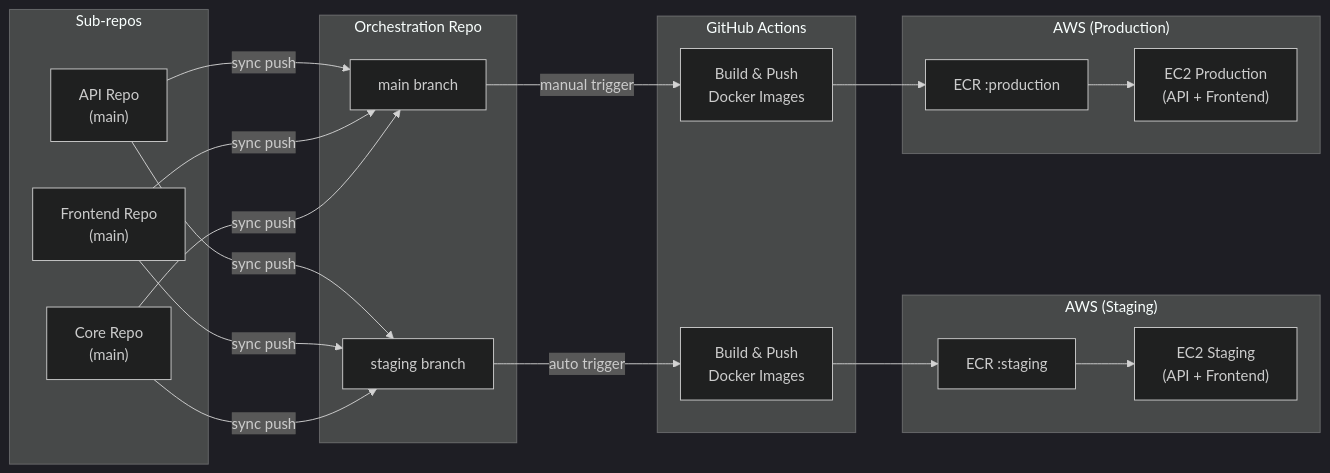
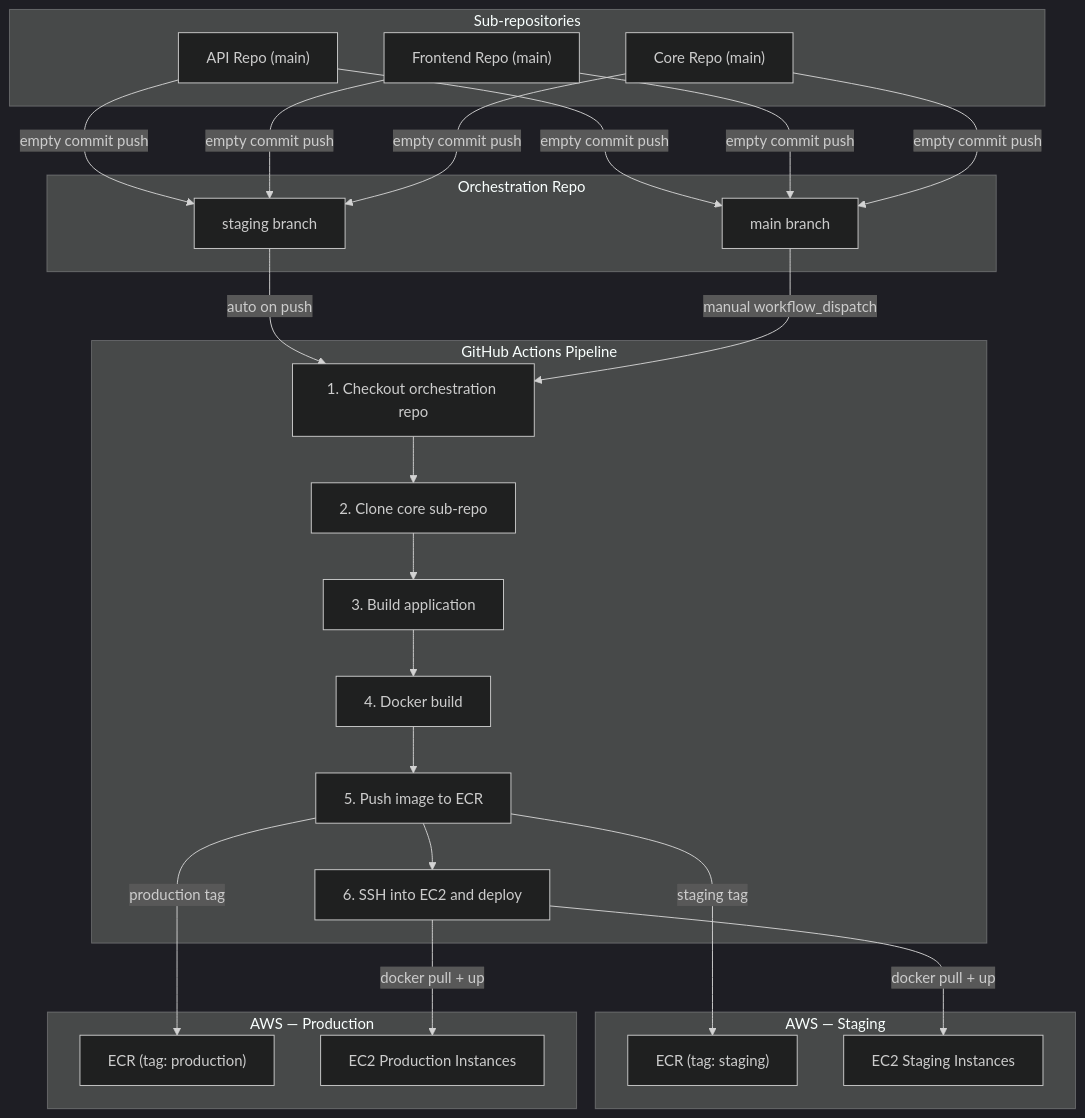
Before and after one commit to nurulizyansyaza/personal-task-tracker: the third of 3 diagrams in AWS-INFRASTRUCTURE.md, drawn with Mermaid (dark theme). The commit also changed other lines of this file and 2 other files, not shown here.

````diff
--- a/AWS-INFRASTRUCTURE.md
+++ b/AWS-INFRASTRUCTURE.md
@@ -295,34 +850,48 @@
 ```mermaid
-flowchart LR
-    subgraph "Sub-repos"
-        API["API Repo<br/>(main)"]
-        FE["Frontend Repo<br/>(main)"]
-        CORE["Core Repo<br/>(main)"]
+flowchart TD
+    subgraph "Sub-repositories"
+        API["API Repo (main)"]
+        FE["Frontend Repo (main)"]
+        CORE["Core Repo (main)"]
     end
 
     subgraph "Orchestration Repo"
         STAGING["staging branch"]
         MAIN["main branch"]
     end
 
-    subgraph "GitHub Actions"
-        BUILD_S["Build & Push<br/>Docker Images"]
-        BUILD_P["Build & Push<br/>Docker Images"]
+    subgraph "GitHub Actions Pipeline"
+        CHECKOUT["1. Checkout orchestration repo"]
+        CLONE["2. Clone core sub-repo"]
+        BUILD["3. Build application"]
+        DOCKER["4. Docker build"]
+        PUSH["5. Push image to ECR"]
+        DEPLOY["6. SSH into EC2 and deploy"]
     end
 
-    subgraph "AWS (Staging)"
-        ECR_S["ECR :staging"]
-        EC2_S["EC2 Staging<br/>(API + Frontend)"]
+    subgraph "AWS — Staging"
+        ECR_S["ECR (tag: staging)"]
+        EC2_S["EC2 Staging Instances"]
     end
 
-    subgraph "AWS (Production)"
-        ECR_P["ECR :production"]
-        EC2_P["EC2 Production<br/>(API + Frontend)"]
+    subgraph "AWS — Production"
+        ECR_P["ECR (tag: production)"]
+        EC2_P["EC2 Production Instances"]
     end
 
-    API & FE & CORE -->|"sync push"| STAGING & MAIN
-    STAGING -->|"auto trigger"| BUILD_S
-    MAIN -->|"manual trigger"| BUILD_P
-    BUILD_S --> ECR_S --> EC2_S
-    BUILD_P --> ECR_P --> EC2_P
+    API -->|"empty commit push"| STAGING
+    FE -->|"empty commit push"| STAGING
+    CORE -->|"empty commit push"| STAGING
+    API -->|"empty commit push"| MAIN
+    FE -->|"empty commit push"| MAIN
+    CORE -->|"empty commit push"| MAIN
+
+    STAGING -->|"auto on push"| CHECKOUT
+    MAIN -->|"manual workflow_dispatch"| CHECKOUT
+
+    CHECKOUT --> CLONE --> BUILD --> DOCKER --> PUSH --> DEPLOY
+    PUSH -->|"staging tag"| ECR_S
+    PUSH -->|"production tag"| ECR_P
+    DEPLOY -->|"docker pull + up"| EC2_S
+    DEPLOY -->|"docker pull + up"| EC2_P
 ```
````
